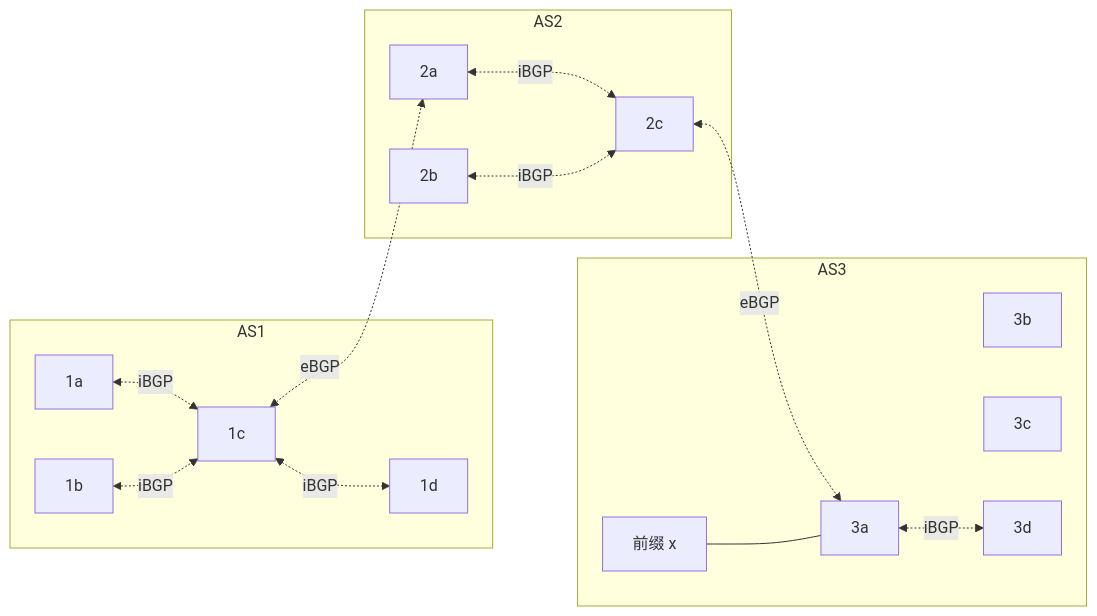
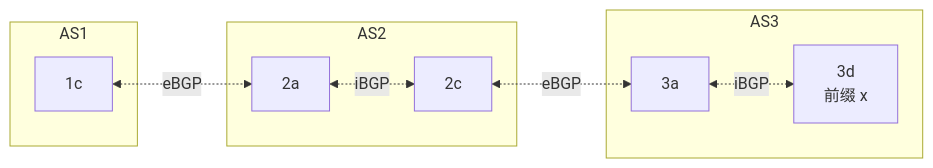
Before and after one commit to Meer-Matze/Meer-Matze.github.io: the fifth of 11 diagrams in src/content/posts/网络层：控制平面.md, drawn with Mermaid. The commit also changed other lines of this file, not shown here.

````diff
--- a/src/content/posts/网络层：控制平面.md
+++ b/src/content/posts/网络层：控制平面.md
@@ -453,30 +402,18 @@
 ```mermaid
 flowchart LR
     subgraph AS1["AS1"]
-        r1a["1a"]
-        r1b["1b"]
         r1c["1c"]
-        r1d["1d"]
     end
     subgraph AS2["AS2"]
         r2a["2a"]
-        r2b["2b"]
         r2c["2c"]
     end
     subgraph AS3["AS3"]
         r3a["3a"]
-        r3b["3b"]
-        r3c["3c"]
-        r3d["3d"]
-        PrefixX["前缀 x"]
+        r3d["3d<br>前缀 x"]
     end
     r1c <-. eBGP .-> r2a
     r2c <-. eBGP .-> r3a
-    r1a <-. iBGP .-> r1c
-    r1b <-. iBGP .-> r1c
-    r1c <-. iBGP .-> r1d
     r2a <-. iBGP .-> r2c
-    r2b <-. iBGP .-> r2c
     r3a <-. iBGP .-> r3d
-    PrefixX --- r3a
 ```
````
